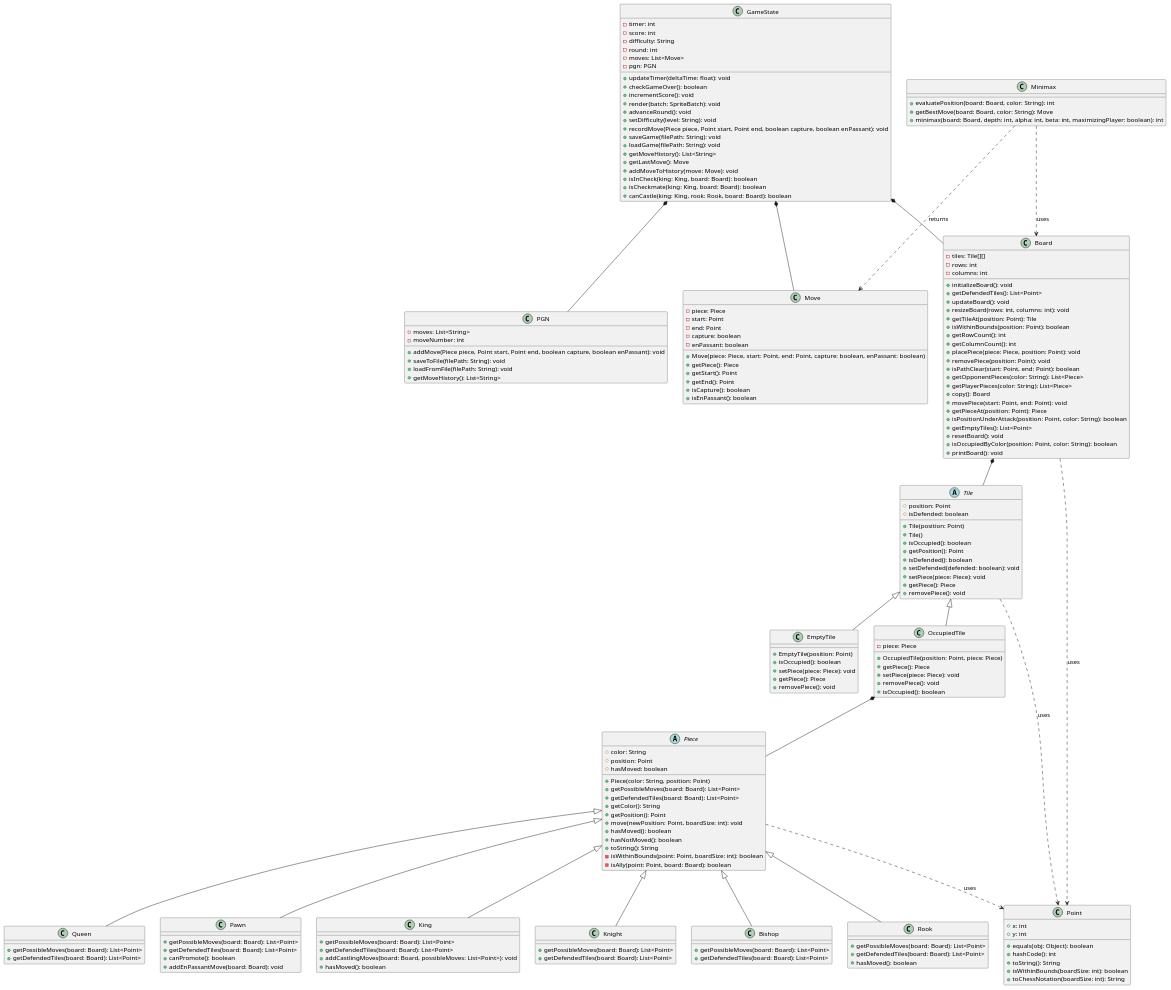
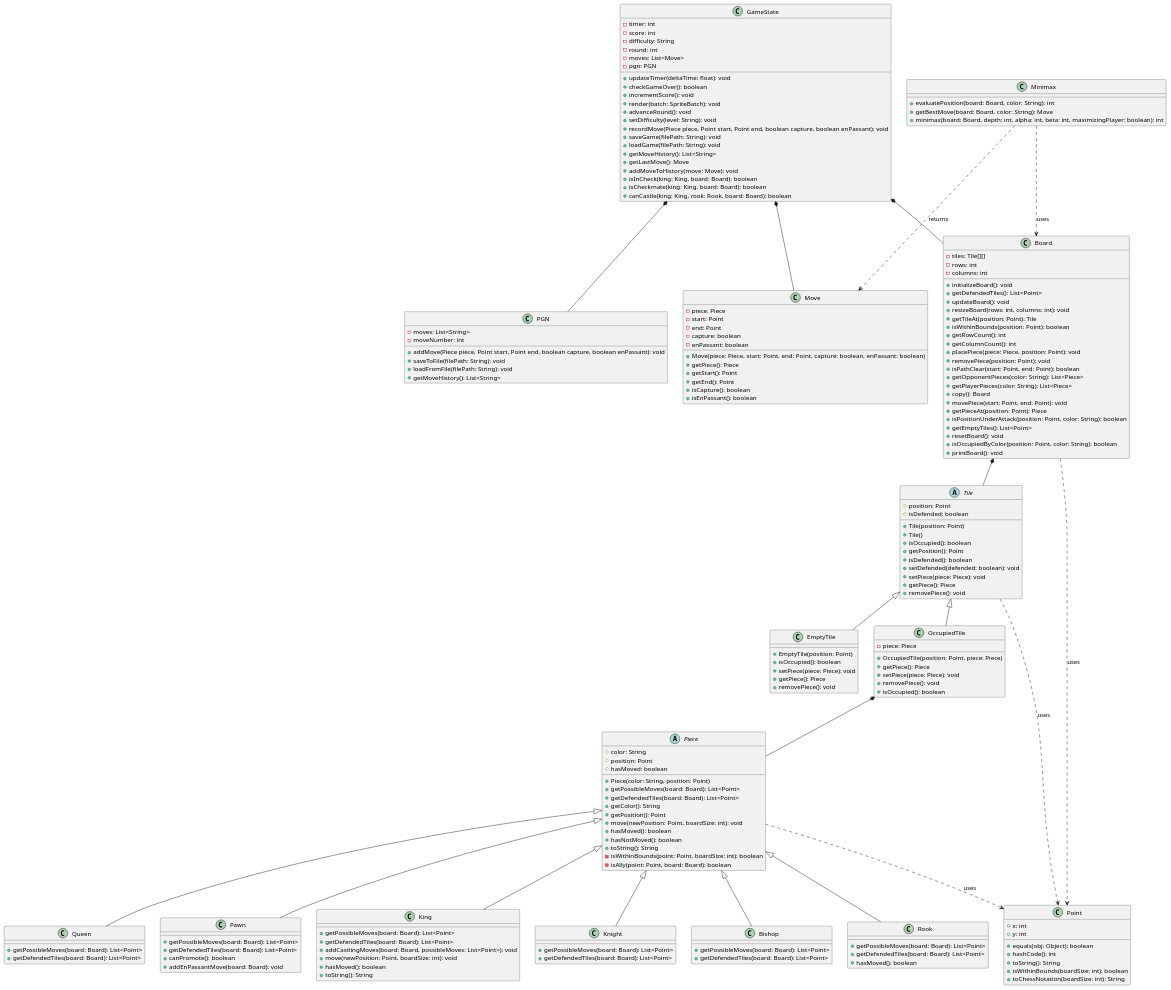
One commit to TerminalGambit/PCOO-projetfinal changed the diagram in UML/WithoutTest.puml. Above: the diagram before and after it, drawn with PlantUML. The commit also changed 8 other files, not shown here.

Commit message:
Refactor des méthodes sur le Roi.java + validation et redoc du KingTest.java + update du UML

```diff
--- a/UML/WithoutTest.puml
+++ b/UML/WithoutTest.puml
@@ -1,189 +1,191 @@
 @startuml
 
 class Point {
     +x: int
     +y: int
     +equals(obj: Object): boolean
     +hashCode(): int
     +toString(): String
     +isWithinBounds(boardSize: int): boolean
     +toChessNotation(boardSize: int): String
 }
 
 abstract class Tile {
     #position: Point
     #isDefended: boolean
     +Tile(position: Point)
     +Tile()
     +isOccupied(): boolean
     +getPosition(): Point
     +isDefended(): boolean
     +setDefended(defended: boolean): void
     +setPiece(piece: Piece): void
     +getPiece(): Piece
     +removePiece(): void
 }
 
 class EmptyTile extends Tile {
     +EmptyTile(position: Point)
     +isOccupied(): boolean
     +setPiece(piece: Piece): void
     +getPiece(): Piece
     +removePiece(): void
 }
 
 class OccupiedTile extends Tile {
     -piece: Piece
     +OccupiedTile(position: Point, piece: Piece)
     +getPiece(): Piece
     +setPiece(piece: Piece): void
     +removePiece(): void
     +isOccupied(): boolean
 }
 
 abstract class Piece {
     #color: String
     #position: Point
     #hasMoved: boolean
     +Piece(color: String, position: Point)
     +getPossibleMoves(board: Board): List<Point>
     +getDefendedTiles(board: Board): List<Point>
     +getColor(): String
     +getPosition(): Point
     +move(newPosition: Point, boardSize: int): void
     +hasMoved(): boolean
     +hasNotMoved(): boolean
     +toString(): String
     -isWithinBounds(point: Point, boardSize: int): boolean
     -isAlly(point: Point, board: Board): boolean
 }
 
 
 class King extends Piece {
     +getPossibleMoves(board: Board): List<Point>
     +getDefendedTiles(board: Board): List<Point>
     +addCastlingMoves(board: Board, possibleMoves: List<Point>): void
+    +move(newPosition: Point, boardSize: int): void
     +hasMoved(): boolean
+    +toString(): String
 }
 
 class Knight extends Piece {
     +getPossibleMoves(board: Board): List<Point>
     +getDefendedTiles(board: Board): List<Point>
 }
 
 class Bishop extends Piece {
     +getPossibleMoves(board: Board): List<Point>
     +getDefendedTiles(board: Board): List<Point>
 }
 
 class Rook extends Piece {
     +getPossibleMoves(board: Board): List<Point>
     +getDefendedTiles(board: Board): List<Point>
     +hasMoved(): boolean
 }
 
 class Queen extends Piece {
     +getPossibleMoves(board: Board): List<Point>
     +getDefendedTiles(board: Board): List<Point>
 }
 
 class Pawn extends Piece {
     +getPossibleMoves(board: Board): List<Point>
     +getDefendedTiles(board: Board): List<Point>
     +canPromote(): boolean
     +addEnPassantMove(board: Board): void
 }
 
 class Board {
     -tiles: Tile[][]
     -rows: int
     -columns: int
     +initializeBoard(): void
     +getDefendedTiles(): List<Point>
     +updateBoard(): void
     +resizeBoard(rows: int, columns: int): void
     +getTileAt(position: Point): Tile
     +isWithinBounds(position: Point): boolean
     +getRowCount(): int
     +getColumnCount(): int
     +placePiece(piece: Piece, position: Point): void
     +removePiece(position: Point): void
     +isPathClear(start: Point, end: Point): boolean
     +getOpponentPieces(color: String): List<Piece>
     +getPlayerPieces(color: String): List<Piece>
     +copy(): Board
     +movePiece(start: Point, end: Point): void
     +getPieceAt(position: Point): Piece
     +isPositionUnderAttack(position: Point, color: String): boolean
     +getEmptyTiles(): List<Point>
     +resetBoard(): void
     +isOccupiedByColor(position: Point, color: String): boolean
     +printBoard(): void
 }
 
 class GameState {
     -timer: int
     -score: int
     -difficulty: String
     -round: int
     -moves: List<Move>
     -pgn: PGN
     +updateTimer(deltaTime: float): void
     +checkGameOver(): boolean
     +incrementScore(): void
     +render(batch: SpriteBatch): void
     +advanceRound(): void
     +setDifficulty(level: String): void
     +recordMove(Piece piece, Point start, Point end, boolean capture, boolean enPassant): void
     +saveGame(filePath: String): void
     +loadGame(filePath: String): void
     +getMoveHistory(): List<String>
     +getLastMove(): Move
     +addMoveToHistory(move: Move): void
     +isInCheck(king: King, board: Board): boolean
     +isCheckmate(king: King, board: Board): boolean
     +canCastle(king: King, rook: Rook, board: Board): boolean
 }
 
 class PGN {
     -moves: List<String>
     -moveNumber: int
     +addMove(Piece piece, Point start, Point end, boolean capture, boolean enPassant): void
     +saveToFile(filePath: String): void
     +loadFromFile(filePath: String): void
     +getMoveHistory(): List<String>
 }
 
 class Minimax {
     +evaluatePosition(board: Board, color: String): int
     +getBestMove(board: Board, color: String): Move
     +minimax(board: Board, depth: int, alpha: int, beta: int, maximizingPlayer: boolean): int
 }
 
 class Move {
     -piece: Piece
     -start: Point
     -end: Point
     -capture: boolean
     -enPassant: boolean
     +Move(piece: Piece, start: Point, end: Point, capture: boolean, enPassant: boolean)
     +getPiece(): Piece
     +getStart(): Point
     +getEnd(): Point
     +isCapture(): boolean
     +isEnPassant(): boolean
 }
 
 OccupiedTile *-- Piece
 Board *-- Tile
 GameState *-- Board
 GameState *-- PGN
 GameState *-- Move
 Minimax ..> Board : uses
 Minimax ..> Move : returns
 
 Tile ..> Point : uses
 Piece ..> Point : uses
 Board ..> Point : uses
 
 @enduml
```
